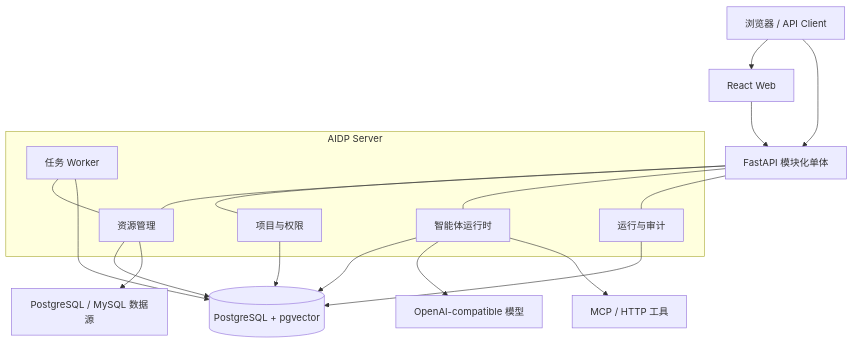
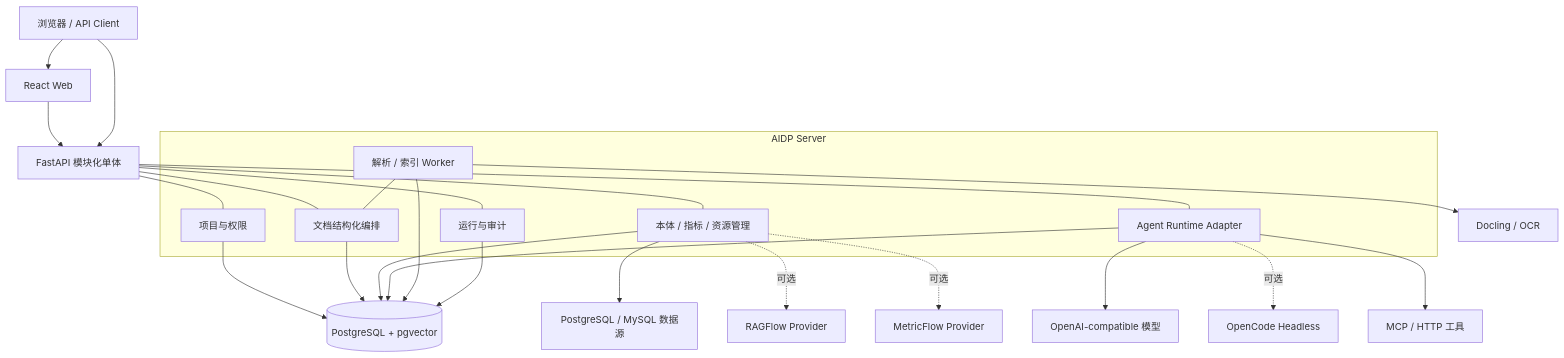
The third of 3 diagrams in docs/PRD.md (tianqi0514/aidp), drawn with Mermaid before and after one commit. The commit also changed other lines of this file and 2 other files, not shown here.

````diff
--- a/docs/PRD.md
+++ b/docs/PRD.md
@@ -359,30 +564,37 @@
 ```mermaid
 flowchart TB
     U["浏览器 / API Client"] --> W["React Web"]
     W --> S["FastAPI 模块化单体"]
     U --> S
 
     subgraph CORE["AIDP Server"]
         P["项目与权限"]
-        R["资源管理"]
-        A["智能体运行时"]
-        J["任务 Worker"]
+        X["文档结构化编排"]
+        R["本体 / 指标 / 资源管理"]
+        A["Agent Runtime Adapter"]
+        J["解析 / 索引 Worker"]
         O["运行与审计"]
     end
 
     S --- P
+    S --- X
     S --- R
     S --- A
     S --- O
-    J --- R
+    J --- X
 
     P --> DB[("PostgreSQL + pgvector")]
+    X --> DB
     R --> DB
     A --> DB
     J --> DB
     O --> DB
 
+    J --> C["Docling / OCR"]
     A --> L["OpenAI-compatible 模型"]
+    A -. "可选" .-> OC["OpenCode Headless"]
     A --> M["MCP / HTTP 工具"]
     R --> D["PostgreSQL / MySQL 数据源"]
+    R -. "可选" .-> RF["RAGFlow Provider"]
+    R -. "可选" .-> MF["MetricFlow Provider"]
 ```
````
